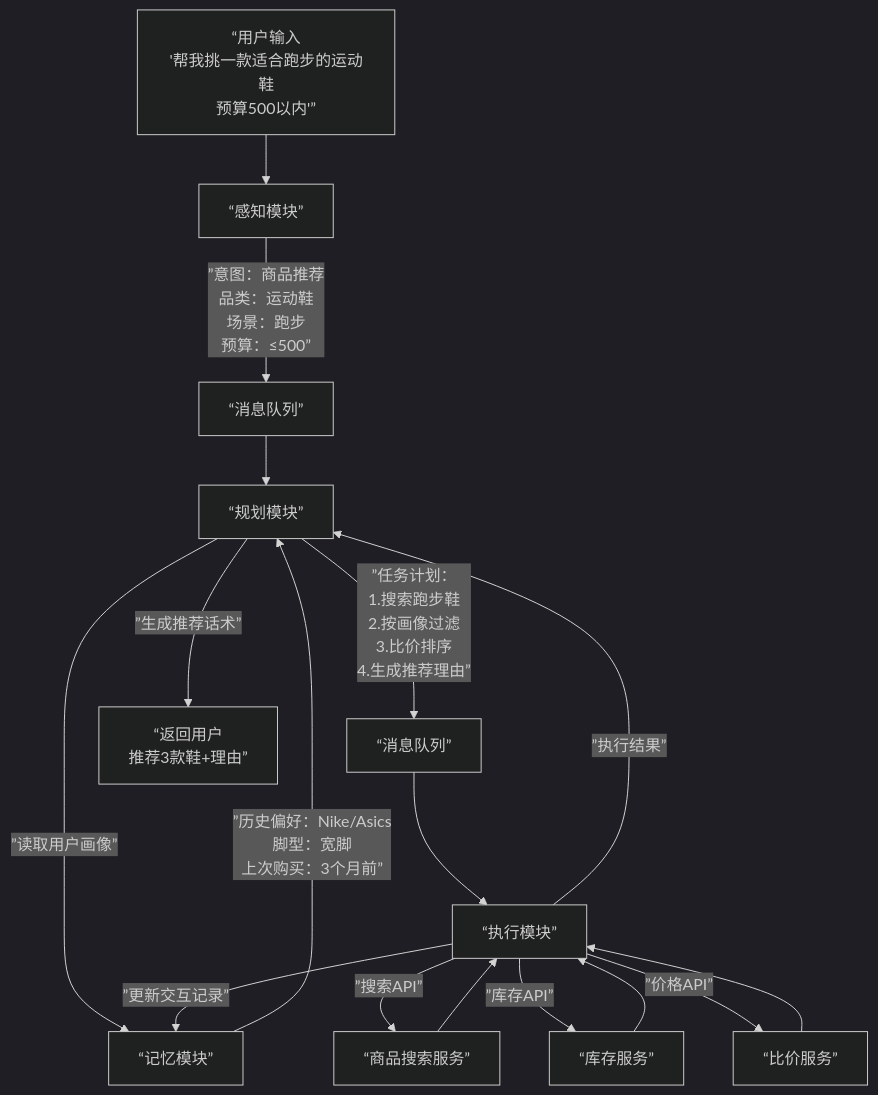
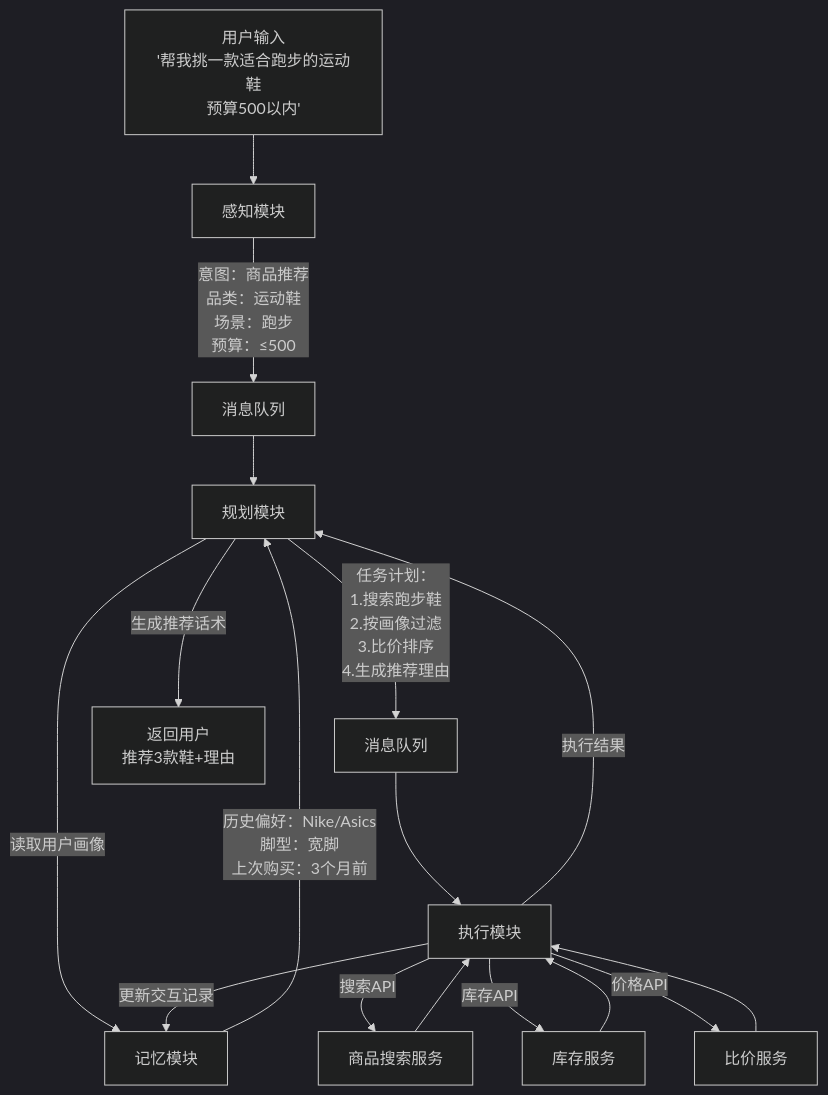
The tenth of 14 diagrams in learn-agent-interview/01-architecture-design/index.md (ranxi2001/zero2Agent), drawn with Mermaid (dark theme) before and after one commit. The commit also changed other lines of this file, not shown here.

First line of the commit message:
fix: 修复 Mermaid 语法错误——弯引号改直引号 + 去除花括号

````diff
--- a/learn-agent-interview/01-architecture-design/index.md
+++ b/learn-agent-interview/01-architecture-design/index.md
@@ -972,27 +972,27 @@
 ```mermaid
 flowchart TB
-    U[“用户输入\n'帮我挑一款适合跑步的运动鞋\n预算500以内'”] --> P[“感知模块”]
+    U["用户输入\n'帮我挑一款适合跑步的运动鞋\n预算500以内'"] --> P["感知模块"]
     
-    P -->|”意图：商品推荐\n品类：运动鞋\n场景：跑步\n预算：≤500”| MQ1[“消息队列”]
+    P -->|"意图：商品推荐\n品类：运动鞋\n场景：跑步\n预算：≤500"| MQ1["消息队列"]
     
-    MQ1 --> PL[“规划模块”]
+    MQ1 --> PL["规划模块"]
     
-    PL -->|”读取用户画像”| M[“记忆模块”]
-    M -->|”历史偏好：Nike/Asics\n脚型：宽脚\n上次购买：3个月前”| PL
+    PL -->|"读取用户画像"| M["记忆模块"]
+    M -->|"历史偏好：Nike/Asics\n脚型：宽脚\n上次购买：3个月前"| PL
     
-    PL -->|”任务计划：\n1.搜索跑步鞋\n2.按画像过滤\n3.比价排序\n4.生成推荐理由”| MQ2[“消息队列”]
+    PL -->|"任务计划：\n1.搜索跑步鞋\n2.按画像过滤\n3.比价排序\n4.生成推荐理由"| MQ2["消息队列"]
     
-    MQ2 --> EX[“执行模块”]
-    EX -->|”搜索API”| S1[“商品搜索服务”]
-    EX -->|”库存API”| S2[“库存服务”]
-    EX -->|”价格API”| S3[“比价服务”]
+    MQ2 --> EX["执行模块"]
+    EX -->|"搜索API"| S1["商品搜索服务"]
+    EX -->|"库存API"| S2["库存服务"]
+    EX -->|"价格API"| S3["比价服务"]
     
     S1 --> EX
     S2 --> EX
     S3 --> EX
     
-    EX -->|”执行结果”| PL
-    PL -->|”生成推荐话术”| R[“返回用户\n推荐3款鞋+理由”]
+    EX -->|"执行结果"| PL
+    PL -->|"生成推荐话术"| R["返回用户\n推荐3款鞋+理由"]
     
-    EX -->|”更新交互记录”| M
+    EX -->|"更新交互记录"| M
 ```
````
